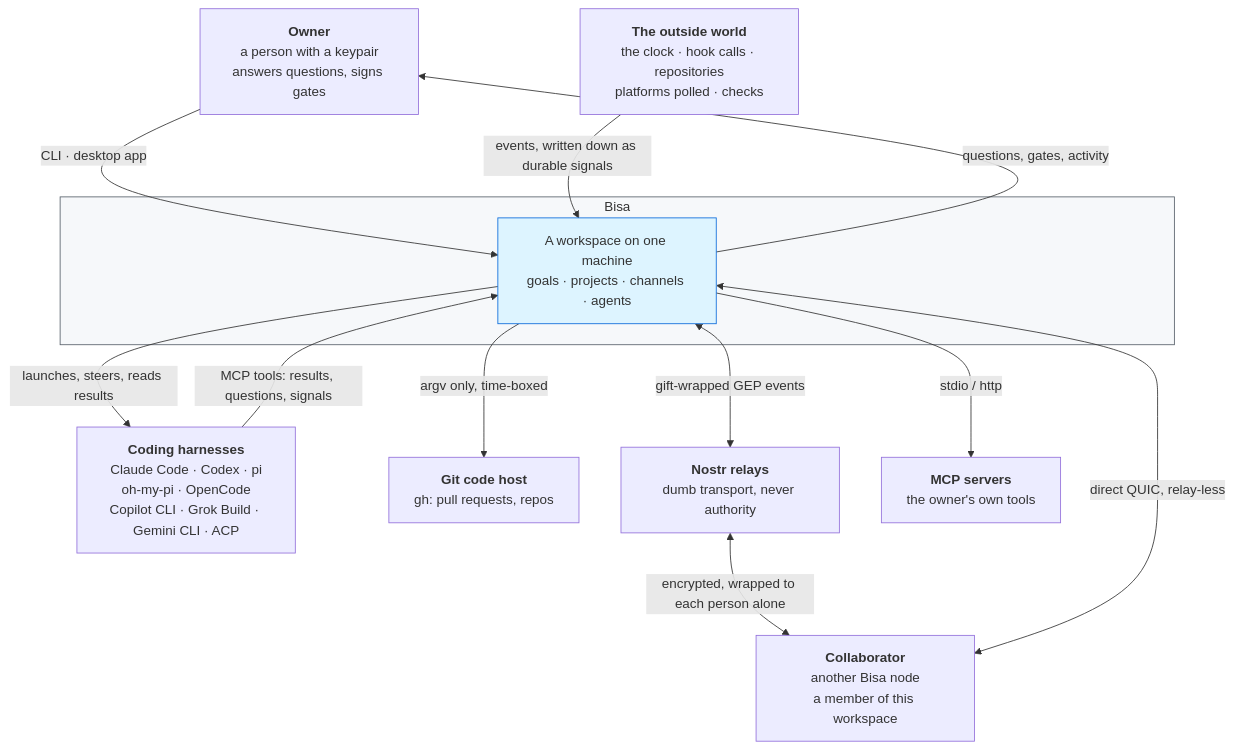
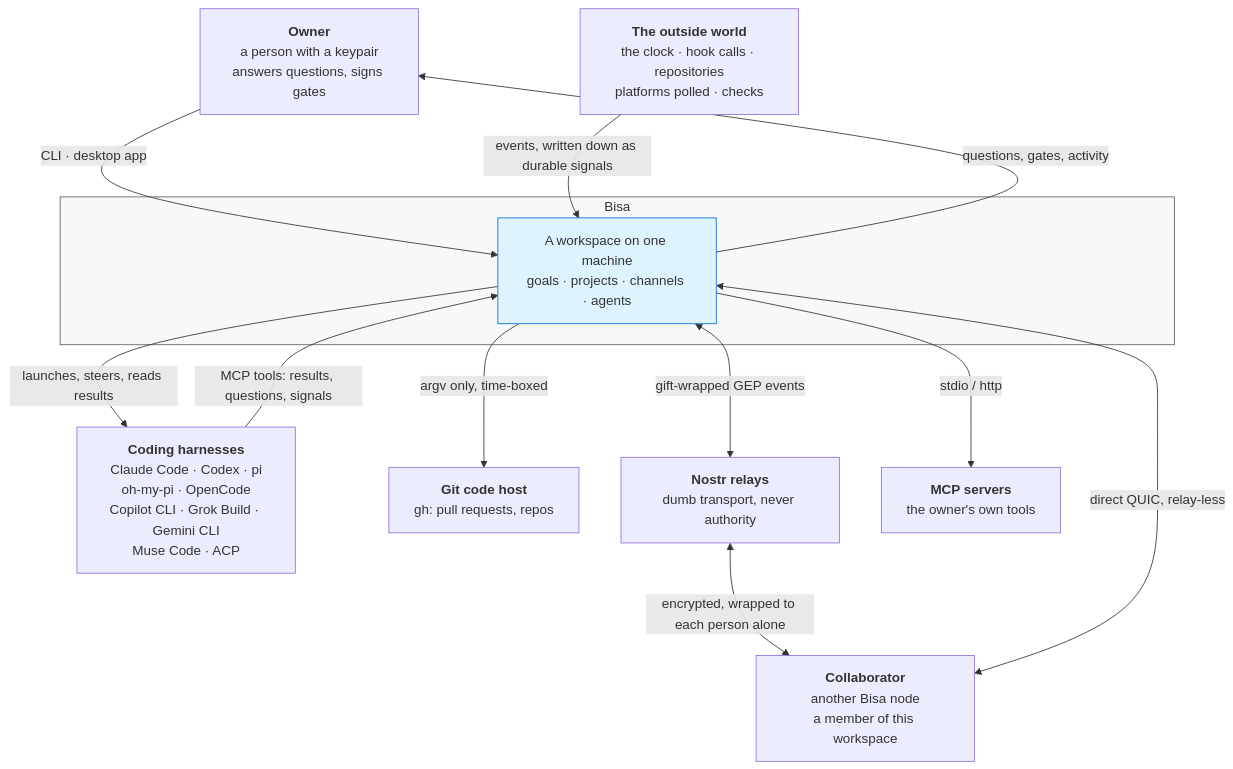
The first of 2 diagrams in docs/architecture/01-context.md (mourad-ghafiri/Bisa), drawn with Mermaid before and after one commit. The commit also changed 73 other files, not shown here.

First line of the commit message:
Add Muse Code harness over the Muse Session Protocol

````diff
--- a/docs/architecture/01-context.md
+++ b/docs/architecture/01-context.md
@@ -10,31 +10,31 @@
 ```mermaid
 graph TB
     owner["<b>Owner</b><br/>a person with a keypair<br/>answers questions, signs gates"]
     peer["<b>Collaborator</b><br/>another Bisa node<br/>a member of this workspace"]
 
     subgraph sys["Bisa"]
         core["A workspace on one machine<br/>goals · projects · channels · agents"]
     end
 
-    harness["<b>Coding harnesses</b><br/>Claude Code · Codex · pi<br/>oh-my-pi · OpenCode<br/>Copilot CLI · Grok Build · Gemini CLI · ACP"]
+    harness["<b>Coding harnesses</b><br/>Claude Code · Codex · pi<br/>oh-my-pi · OpenCode<br/>Copilot CLI · Grok Build · Gemini CLI<br/>Muse Code · ACP"]
     codehost["<b>Git code host</b><br/>gh: pull requests, repos"]
     relays["<b>Nostr relays</b><br/>dumb transport, never authority"]
     ext["<b>The outside world</b><br/>the clock · hook calls · repositories<br/>platforms polled · checks"]
     mcpsrv["<b>MCP servers</b><br/>the owner's own tools"]
 
     owner -->|"CLI · desktop app"| core
     core -->|"questions, gates, activity"| owner
 
     core -->|"launches, steers, reads results"| harness
     harness -->|"MCP tools: results, questions, signals"| core
 
     core -->|"argv only, time-boxed"| codehost
     core <-->|"gift-wrapped GEP events"| relays
     relays <-->|"encrypted, wrapped to each person alone"| peer
     core <-->|"direct QUIC, relay-less"| peer
     ext -->|"events, written down as durable signals"| core
     core -->|"stdio / http"| mcpsrv
 
     style sys fill:#f6f8fa,stroke:#57606a
     style core fill:#ddf4ff,stroke:#0969da
 ```
````
